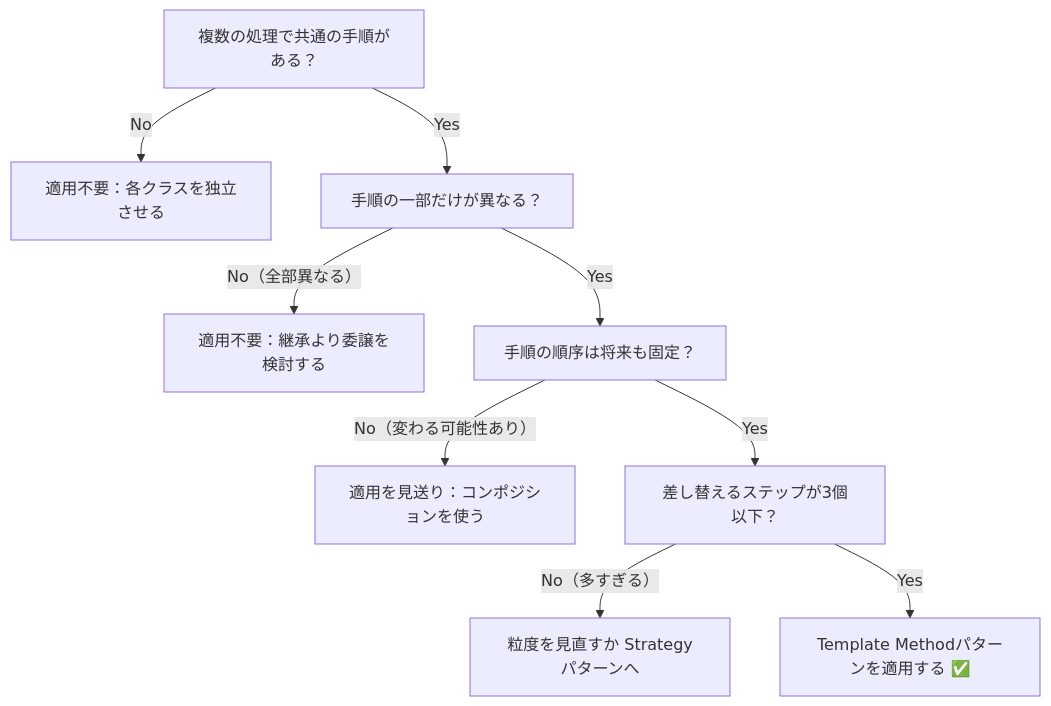
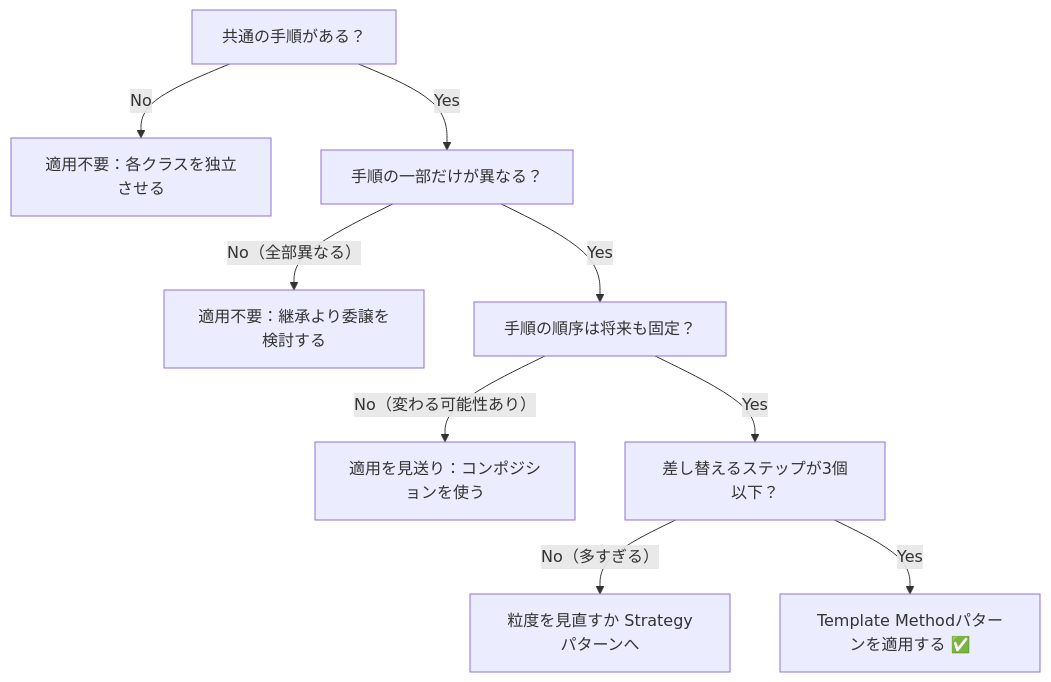
One commit to kumachan1101-pixel/DesignPattern changed the seventh of 7 diagrams in kindle/design-patterns/output/chapter04.md. Above: the diagram before and after it, drawn with Mermaid. The commit also changed other lines of this file and 14 other files, not shown here.

````diff
--- a/kindle/design-patterns/output/chapter04.md
+++ b/kindle/design-patterns/output/chapter04.md
@@ -1069,11 +1071,11 @@
 ```mermaid
 flowchart TD
-    A["複数の処理で共通の手順がある？"] -->|No| B["適用不要：各クラスを独立させる"]
+    A["共通の手順がある？"] -->|No| B["適用不要：各クラスを独立させる"]
     A -->|Yes| C["手順の一部だけが異なる？"]
     C -->|No（全部異なる）| D["適用不要：継承より委譲を検討する"]
     C -->|Yes| E["手順の順序は将来も固定？"]
     E -->|No（変わる可能性あり）| F["適用を見送り：コンポジションを使う"]
     E -->|Yes| G["差し替えるステップが3個以下？"]
     G -->|No（多すぎる）| H["粒度を見直すか Strategyパターンへ"]
     G -->|Yes| I["Template Methodパターンを適用する ✅"]
 ```
````
